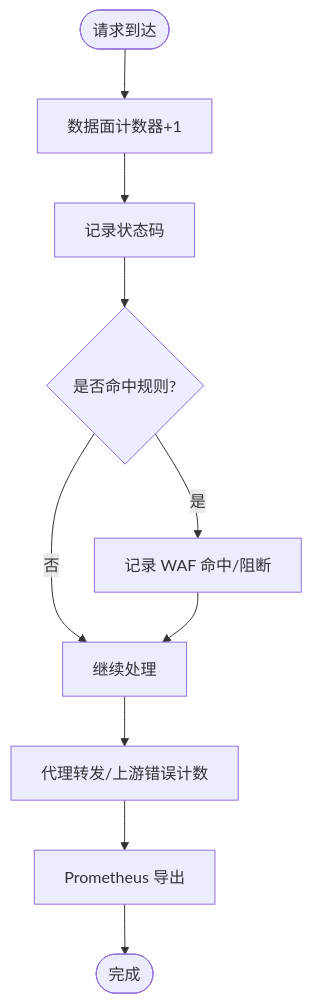
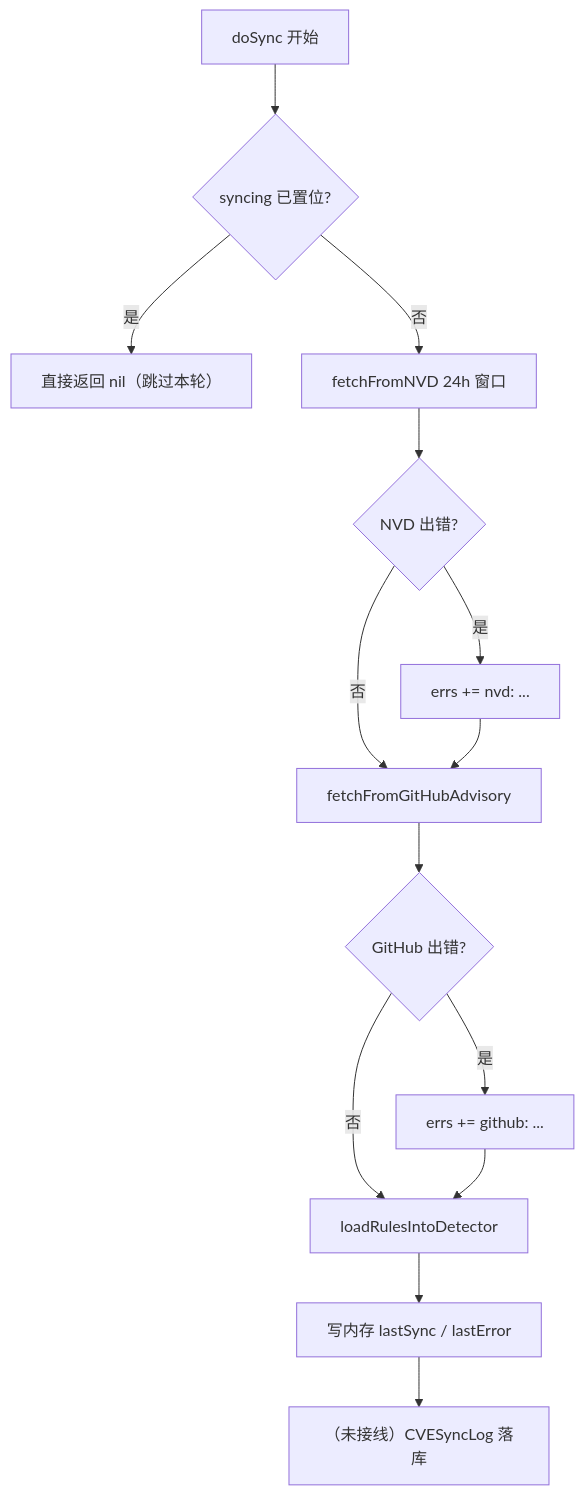
The sixth of 9 diagrams in docs/扩展与插件系统/第三方集成/第三方集成.md (x01n/My-OpenWaf), drawn with Mermaid before and after one commit. The commit also changed other lines of this file and 622 other files, not shown here.

````diff
--- a/docs/扩展与插件系统/第三方集成/第三方集成.md
+++ b/docs/扩展与插件系统/第三方集成/第三方集成.md
@@ -226,12 +414,16 @@
 ```mermaid
 flowchart TD
-Start(["请求到达"]) --> RecordReq["数据面计数器+1"]
-RecordReq --> Status["记录状态码"]
-Status --> WAF{"是否命中规则?"}
-WAF --> |是| RecordWAF["记录 WAF 命中/阻断"]
-WAF --> |否| Next["继续处理"]
-RecordWAF --> Next
-Next --> Proxy["代理转发/上游错误计数"]
-Proxy --> Metrics["Prometheus 导出"]
-Metrics --> End(["完成"])
+A["doSync 开始"] --> B{"syncing 已置位?"}
+B --> |是| Z["直接返回 nil（跳过本轮）"]
+B --> |否| C["fetchFromNVD 24h 窗口"]
+C --> D{"NVD 出错?"}
+D --> |是| E["errs += nvd: ..."]
+D --> |否| F["fetchFromGitHubAdvisory"]
+E --> F
+F --> G{"GitHub 出错?"}
+G --> |是| H["errs += github: ..."]
+G --> |否| I["loadRulesIntoDetector"]
+H --> I
+I --> J["写内存 lastSync / lastError"]
+J --> K["（未接线）CVESyncLog 落库"]
 ```
````
